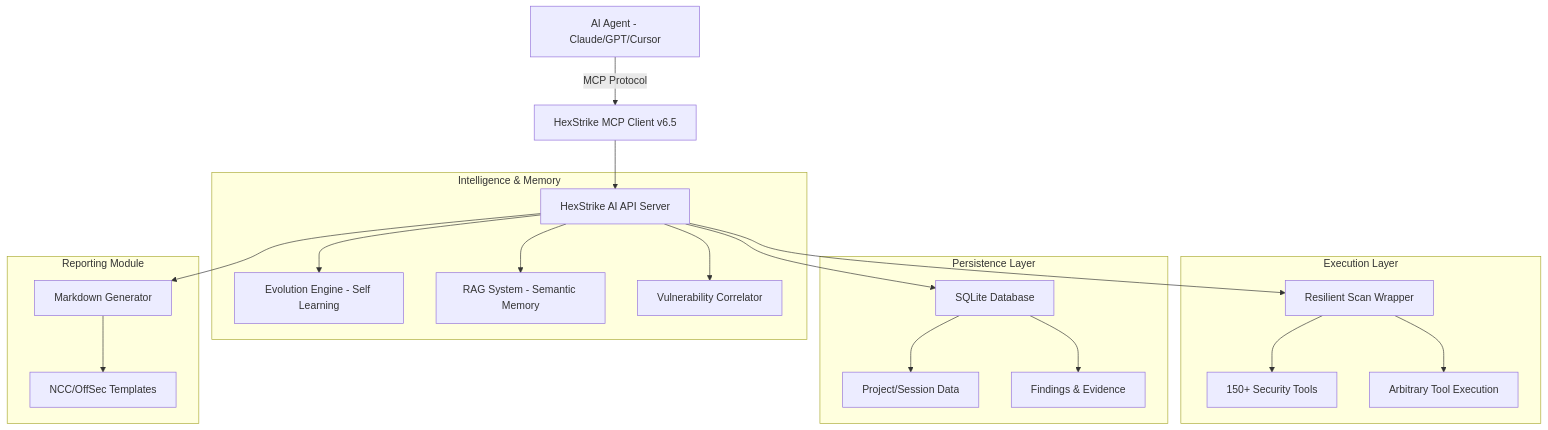
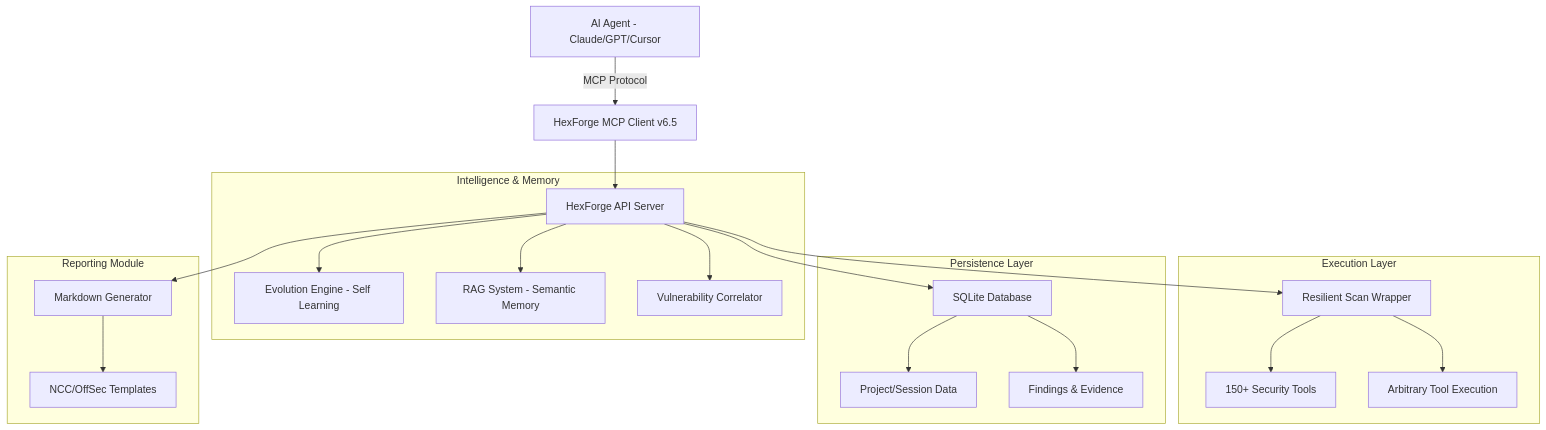
The diagram in README.md (adibirzu/hexforge), drawn with Mermaid before and after one commit. The commit also changed other lines of this file and 20 other files, not shown here.

First line of the commit message:
feat(deploy): make HexForge v6.5 the canonical operator service (#1)

````diff
--- a/README.md
+++ b/README.md
@@ -39,28 +39,28 @@
 ```mermaid
 graph TD
-    A[AI Agent - Claude/GPT/Cursor] -->|MCP Protocol| B[HexStrike MCP Client v6.5]
-    B --> C[HexStrike AI API Server]
+    A[AI Agent - Claude/GPT/Cursor] -->|MCP Protocol| B[HexForge MCP Client v6.5]
+    B --> C[HexForge API Server]
     
     subgraph "Intelligence & Memory"
         C --> D[Evolution Engine - Self Learning]
         C --> E[RAG System - Semantic Memory]
         C --> F[Vulnerability Correlator]
     end
     
     subgraph "Execution Layer"
         C --> G[Resilient Scan Wrapper]
         G --> H[150+ Security Tools]
         G --> I[Arbitrary Tool Execution]
     end
     
     subgraph "Persistence Layer"
         C --> J[SQLite Database]
         J --> K[Project/Session Data]
         J --> L[Findings & Evidence]
     end
     
     subgraph "Reporting Module"
         C --> M[Markdown Generator]
         M --> N[NCC/OffSec Templates]
     end
 ```
````
